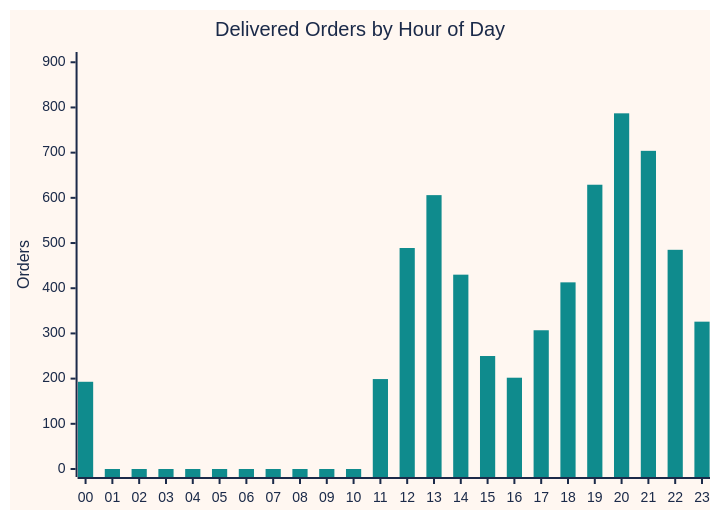
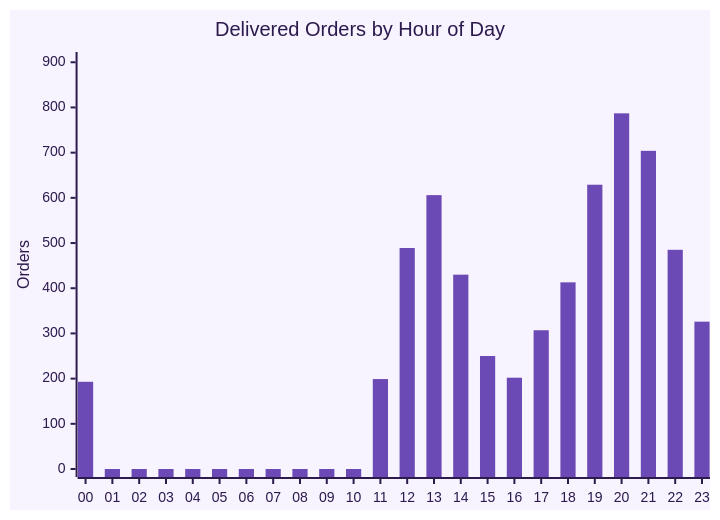
One commit to shalini09924/Data26 changed the third of 9 diagrams in README.md. Above: the diagram before and after it, drawn with Mermaid. The commit also changed other lines of this file, not shown here.

Commit message:
Update README with new metrics and chart themes

````diff
--- a/README.md
+++ b/README.md
@@ -52,8 +52,8 @@
 ```mermaid
-%%{init: {"theme": "base", "themeVariables": {"xyChart": {"backgroundColor": "#FFF7F1", "titleColor": "#1B2A49", "xAxisLabelColor": "#1B2A49", "xAxisTitleColor": "#1B2A49", "xAxisTickColor": "#1B2A49", "xAxisLineColor": "#1B2A49", "yAxisLabelColor": "#1B2A49", "yAxisTitleColor": "#1B2A49", "yAxisTickColor": "#1B2A49", "yAxisLineColor": "#1B2A49", "plotColorPalette": "#0F8B8D"}}}}%%
+%%{init: {"theme": "base", "themeVariables": {"xyChart": {"backgroundColor": "#F7F3FF", "titleColor": "#2D1B4E", "xAxisLabelColor": "#2D1B4E", "xAxisTitleColor": "#2D1B4E", "xAxisTickColor": "#2D1B4E", "xAxisLineColor": "#2D1B4E", "yAxisLabelColor": "#2D1B4E", "yAxisTitleColor": "#2D1B4E", "yAxisTickColor": "#2D1B4E", "yAxisLineColor": "#2D1B4E", "plotColorPalette": "#6C4AB6"}}}}%%
 xychart-beta
     title "Delivered Orders by Hour of Day"
     x-axis ["00", "01", "02", "03", "04", "05", "06", "07", "08", "09", "10", "11", "12", "13", "14", "15", "16", "17", "18", "19", "20", "21", "22", "23"]
     y-axis "Orders" 0 --> 905
     bar [193.0, 0.0, 0.0, 0.0, 0.0, 0.0, 0.0, 0.0, 0.0, 0.0, 0.0, 199.0, 489.0, 606.0, 430.0, 250.0, 202.0, 307.0, 413.0, 629.0, 787.0, 704.0, 485.0, 326.0]
 ```
````
